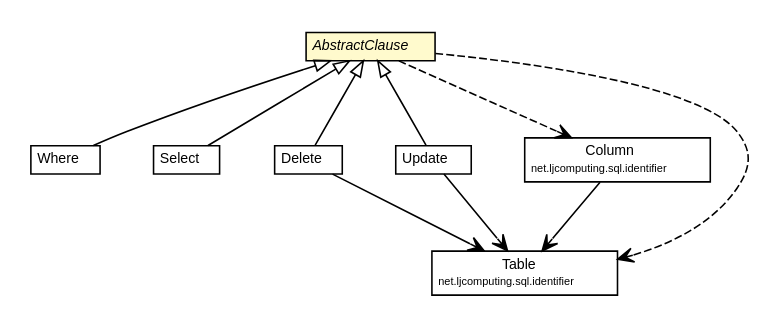
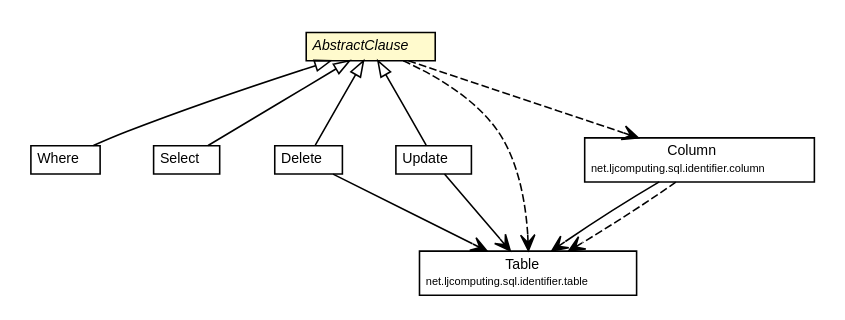
Before and after one commit to willmorejg/net.ljcomputing.sql: the diagram in docs/javadoc/apidocs/net/ljcomputing/sql/clause/AbstractClause.dot, drawn with Graphviz. The commit also changed 239 other files, not shown here.

```diff
--- a/docs/javadoc/apidocs/net/ljcomputing/sql/clause/AbstractClause.dot
+++ b/docs/javadoc/apidocs/net/ljcomputing/sql/clause/AbstractClause.dot
@@ -1,74 +1,76 @@
 #!/usr/local/bin/dot
 #
 # Class diagram 
 # Generated by UMLGraph version R5_6 (http://www.umlgraph.org/)
 #
 
 digraph G {
 	edge [fontname="Helvetica",fontsize=10,labelfontname="Helvetica",labelfontsize=10];
 	node [fontname="Helvetica",fontsize=10,shape=plaintext];
 	nodesep=0.25;
 	ranksep=0.5;
 	// net.ljcomputing.sql.clause.AbstractClause
-	c179 [label=<<table title="net.ljcomputing.sql.clause.AbstractClause" border="0" cellborder="1" cellspacing="0" cellpadding="2" port="p" bgcolor="lemonChiffon" href="./AbstractClause.html">
+	c301 [label=<<table title="net.ljcomputing.sql.clause.AbstractClause" border="0" cellborder="1" cellspacing="0" cellpadding="2" port="p" bgcolor="lemonChiffon" href="./AbstractClause.html">
 		<tr><td><table border="0" cellspacing="0" cellpadding="1">
 <tr><td align="center" balign="center"><font face="Helvetica-Oblique"> AbstractClause </font></td></tr>
 		</table></td></tr>
 		</table>>, URL="./AbstractClause.html", fontname="Helvetica", fontcolor="black", fontsize=9.0];
 	// net.ljcomputing.sql.clause.Where
-	c182 [label=<<table title="net.ljcomputing.sql.clause.Where" border="0" cellborder="1" cellspacing="0" cellpadding="2" port="p" href="./Where.html">
+	c305 [label=<<table title="net.ljcomputing.sql.clause.Where" border="0" cellborder="1" cellspacing="0" cellpadding="2" port="p" href="./Where.html">
 		<tr><td><table border="0" cellspacing="0" cellpadding="1">
 <tr><td align="center" balign="center"> Where </td></tr>
 		</table></td></tr>
 		</table>>, URL="./Where.html", fontname="Helvetica", fontcolor="black", fontsize=9.0];
 	// net.ljcomputing.sql.clause.Select
-	c186 [label=<<table title="net.ljcomputing.sql.clause.Select" border="0" cellborder="1" cellspacing="0" cellpadding="2" port="p" href="./Select.html">
+	c309 [label=<<table title="net.ljcomputing.sql.clause.Select" border="0" cellborder="1" cellspacing="0" cellpadding="2" port="p" href="./Select.html">
 		<tr><td><table border="0" cellspacing="0" cellpadding="1">
 <tr><td align="center" balign="center"> Select </td></tr>
 		</table></td></tr>
 		</table>>, URL="./Select.html", fontname="Helvetica", fontcolor="black", fontsize=9.0];
 	// net.ljcomputing.sql.clause.Delete
-	c192 [label=<<table title="net.ljcomputing.sql.clause.Delete" border="0" cellborder="1" cellspacing="0" cellpadding="2" port="p" href="./Delete.html">
+	c315 [label=<<table title="net.ljcomputing.sql.clause.Delete" border="0" cellborder="1" cellspacing="0" cellpadding="2" port="p" href="./Delete.html">
 		<tr><td><table border="0" cellspacing="0" cellpadding="1">
 <tr><td align="center" balign="center"> Delete </td></tr>
 		</table></td></tr>
 		</table>>, URL="./Delete.html", fontname="Helvetica", fontcolor="black", fontsize=9.0];
 	// net.ljcomputing.sql.clause.Update
-	c194 [label=<<table title="net.ljcomputing.sql.clause.Update" border="0" cellborder="1" cellspacing="0" cellpadding="2" port="p" href="./Update.html">
+	c317 [label=<<table title="net.ljcomputing.sql.clause.Update" border="0" cellborder="1" cellspacing="0" cellpadding="2" port="p" href="./Update.html">
 		<tr><td><table border="0" cellspacing="0" cellpadding="1">
 <tr><td align="center" balign="center"> Update </td></tr>
 		</table></td></tr>
 		</table>>, URL="./Update.html", fontname="Helvetica", fontcolor="black", fontsize=9.0];
-	// net.ljcomputing.sql.identifier.Column
-	c212 [label=<<table title="net.ljcomputing.sql.identifier.Column" border="0" cellborder="1" cellspacing="0" cellpadding="2" port="p" href="../identifier/Column.html">
+	// net.ljcomputing.sql.identifier.table.Table
+	c339 [label=<<table title="net.ljcomputing.sql.identifier.table.Table" border="0" cellborder="1" cellspacing="0" cellpadding="2" port="p" href="../identifier/table/Table.html">
+		<tr><td><table border="0" cellspacing="0" cellpadding="1">
+<tr><td align="center" balign="center"> Table </td></tr>
+<tr><td align="center" balign="center"><font point-size="7.0"> net.ljcomputing.sql.identifier.table </font></td></tr>
+		</table></td></tr>
+		</table>>, URL="../identifier/table/Table.html", fontname="Helvetica", fontcolor="black", fontsize=9.0];
+	// net.ljcomputing.sql.identifier.column.Column
+	c345 [label=<<table title="net.ljcomputing.sql.identifier.column.Column" border="0" cellborder="1" cellspacing="0" cellpadding="2" port="p" href="../identifier/column/Column.html">
 		<tr><td><table border="0" cellspacing="0" cellpadding="1">
 <tr><td align="center" balign="center"> Column </td></tr>
-<tr><td align="center" balign="center"><font point-size="7.0"> net.ljcomputing.sql.identifier </font></td></tr>
+<tr><td align="center" balign="center"><font point-size="7.0"> net.ljcomputing.sql.identifier.column </font></td></tr>
 		</table></td></tr>
-		</table>>, URL="../identifier/Column.html", fontname="Helvetica", fontcolor="black", fontsize=9.0];
-	// net.ljcomputing.sql.identifier.Table
-	c214 [label=<<table title="net.ljcomputing.sql.identifier.Table" border="0" cellborder="1" cellspacing="0" cellpadding="2" port="p" href="../identifier/Table.html">
-		<tr><td><table border="0" cellspacing="0" cellpadding="1">
-<tr><td align="center" balign="center"> Table </td></tr>
-<tr><td align="center" balign="center"><font point-size="7.0"> net.ljcomputing.sql.identifier </font></td></tr>
-		</table></td></tr>
-		</table>>, URL="../identifier/Table.html", fontname="Helvetica", fontcolor="black", fontsize=9.0];
+		</table>>, URL="../identifier/column/Column.html", fontname="Helvetica", fontcolor="black", fontsize=9.0];
 	//net.ljcomputing.sql.clause.Where extends net.ljcomputing.sql.clause.AbstractClause
-	c179:p -> c182:p [dir=back,arrowtail=empty];
+	c301:p -> c305:p [dir=back,arrowtail=empty];
 	//net.ljcomputing.sql.clause.Select extends net.ljcomputing.sql.clause.AbstractClause
-	c179:p -> c186:p [dir=back,arrowtail=empty];
+	c301:p -> c309:p [dir=back,arrowtail=empty];
 	//net.ljcomputing.sql.clause.Delete extends net.ljcomputing.sql.clause.AbstractClause
-	c179:p -> c192:p [dir=back,arrowtail=empty];
+	c301:p -> c315:p [dir=back,arrowtail=empty];
 	//net.ljcomputing.sql.clause.Update extends net.ljcomputing.sql.clause.AbstractClause
-	c179:p -> c194:p [dir=back,arrowtail=empty];
-	// net.ljcomputing.sql.clause.Delete NAVASSOC net.ljcomputing.sql.identifier.Table
-	c192:p -> c214:p [taillabel="", label="", headlabel="", fontname="Helvetica", fontcolor="black", fontsize=10.0, color="black", arrowhead=open];
-	// net.ljcomputing.sql.clause.Update NAVASSOC net.ljcomputing.sql.identifier.Table
-	c194:p -> c214:p [taillabel="", label="", headlabel="", fontname="Helvetica", fontcolor="black", fontsize=10.0, color="black", arrowhead=open];
-	// net.ljcomputing.sql.identifier.Column NAVASSOC net.ljcomputing.sql.identifier.Table
-	c212:p -> c214:p [taillabel="", label="", headlabel="", fontname="Helvetica", fontcolor="black", fontsize=10.0, color="black", arrowhead=open];
-	// net.ljcomputing.sql.clause.AbstractClause DEPEND net.ljcomputing.sql.identifier.Table
-	c179:p -> c214:p [taillabel="", label="", headlabel="", fontname="Helvetica", fontcolor="black", fontsize=10.0, color="black", arrowhead=open, style=dashed];
-	// net.ljcomputing.sql.clause.AbstractClause DEPEND net.ljcomputing.sql.identifier.Column
-	c179:p -> c212:p [taillabel="", label="", headlabel="", fontname="Helvetica", fontcolor="black", fontsize=10.0, color="black", arrowhead=open, style=dashed];
+	c301:p -> c317:p [dir=back,arrowtail=empty];
+	// net.ljcomputing.sql.clause.Delete NAVASSOC net.ljcomputing.sql.identifier.table.Table
+	c315:p -> c339:p [taillabel="", label="", headlabel="", fontname="Helvetica", fontcolor="black", fontsize=10.0, color="black", arrowhead=open];
+	// net.ljcomputing.sql.clause.Update NAVASSOC net.ljcomputing.sql.identifier.table.Table
+	c317:p -> c339:p [taillabel="", label="", headlabel="", fontname="Helvetica", fontcolor="black", fontsize=10.0, color="black", arrowhead=open];
+	// net.ljcomputing.sql.identifier.column.Column NAVASSOC net.ljcomputing.sql.identifier.table.Table
+	c345:p -> c339:p [taillabel="", label="", headlabel="", fontname="Helvetica", fontcolor="black", fontsize=10.0, color="black", arrowhead=open];
+	// net.ljcomputing.sql.clause.AbstractClause DEPEND net.ljcomputing.sql.identifier.table.Table
+	c301:p -> c339:p [taillabel="", label="", headlabel="", fontname="Helvetica", fontcolor="black", fontsize=10.0, color="black", arrowhead=open, style=dashed];
+	// net.ljcomputing.sql.clause.AbstractClause DEPEND net.ljcomputing.sql.identifier.column.Column
+	c301:p -> c345:p [taillabel="", label="", headlabel="", fontname="Helvetica", fontcolor="black", fontsize=10.0, color="black", arrowhead=open, style=dashed];
+	// net.ljcomputing.sql.identifier.column.Column DEPEND net.ljcomputing.sql.identifier.table.Table
+	c345:p -> c339:p [taillabel="", label="", headlabel="", fontname="Helvetica", fontcolor="black", fontsize=10.0, color="black", arrowhead=open, style=dashed];
 }
```
